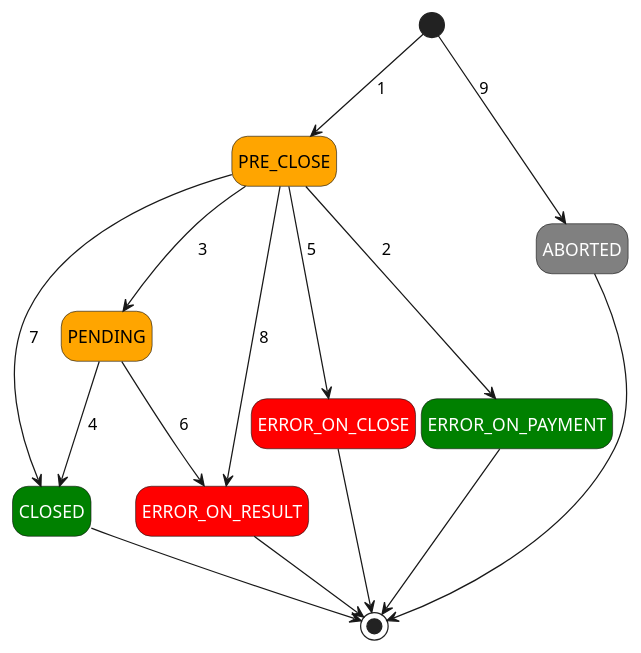
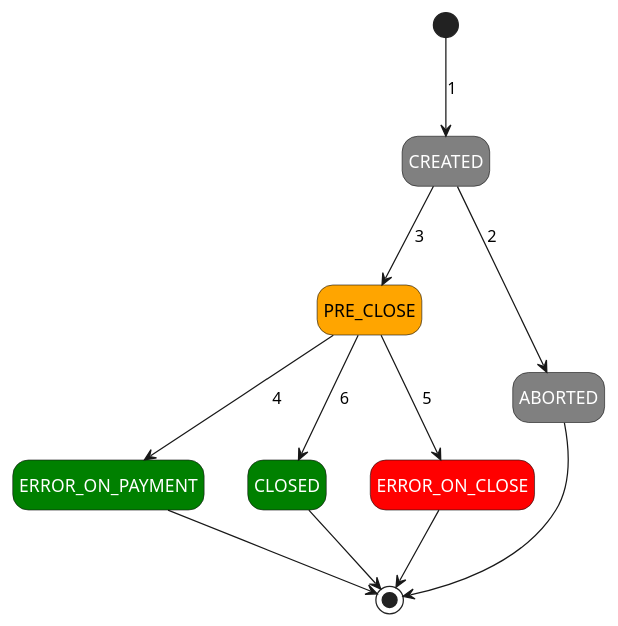
One commit to pagopa/mil-diags changed the diagram in state_diags/payment_status.puml. Above: the diagram before and after it, drawn with PlantUML. The commit also changed 108 other files, not shown here.

```diff
--- a/state_diags/payment_status.puml
+++ b/state_diags/payment_status.puml
@@ -1,27 +1,22 @@
 @startuml
 hide empty description
 
+state CREATED          #Gray;text:White
 state PRE_CLOSE        #Orange
 state ERROR_ON_PAYMENT #Green;text:White
-state PENDING          #Orange
 state CLOSED           #Green;text:White
 state ERROR_ON_CLOSE   #Red;text:White
-state ERROR_ON_RESULT  #Red;text:White
 state ABORTED          #Gray;text:White
 
-[*]              --> PRE_CLOSE        : 1
-PRE_CLOSE        --> ERROR_ON_PAYMENT : 2
-PRE_CLOSE        --> PENDING          : 3
-PENDING          --> CLOSED           : 4 
+[*]              --> CREATED          : 1
+CREATED          --> ABORTED          : 2
+CREATED          --> PRE_CLOSE        : 3
+PRE_CLOSE        --> ERROR_ON_PAYMENT : 4
 PRE_CLOSE        --> ERROR_ON_CLOSE   : 5
-PENDING          --> ERROR_ON_RESULT  : 6
-PRE_CLOSE        --> CLOSED           : 7
-PRE_CLOSE        --> ERROR_ON_RESULT  : 8
-[*]              --> ABORTED          : 9
+PRE_CLOSE        --> CLOSED           : 6
 ERROR_ON_PAYMENT --> [*] 
 CLOSED           --> [*]
 ERROR_ON_CLOSE   --> [*]
-ERROR_ON_RESULT  --> [*]
 ABORTED          --> [*]
 
 @enduml
```
